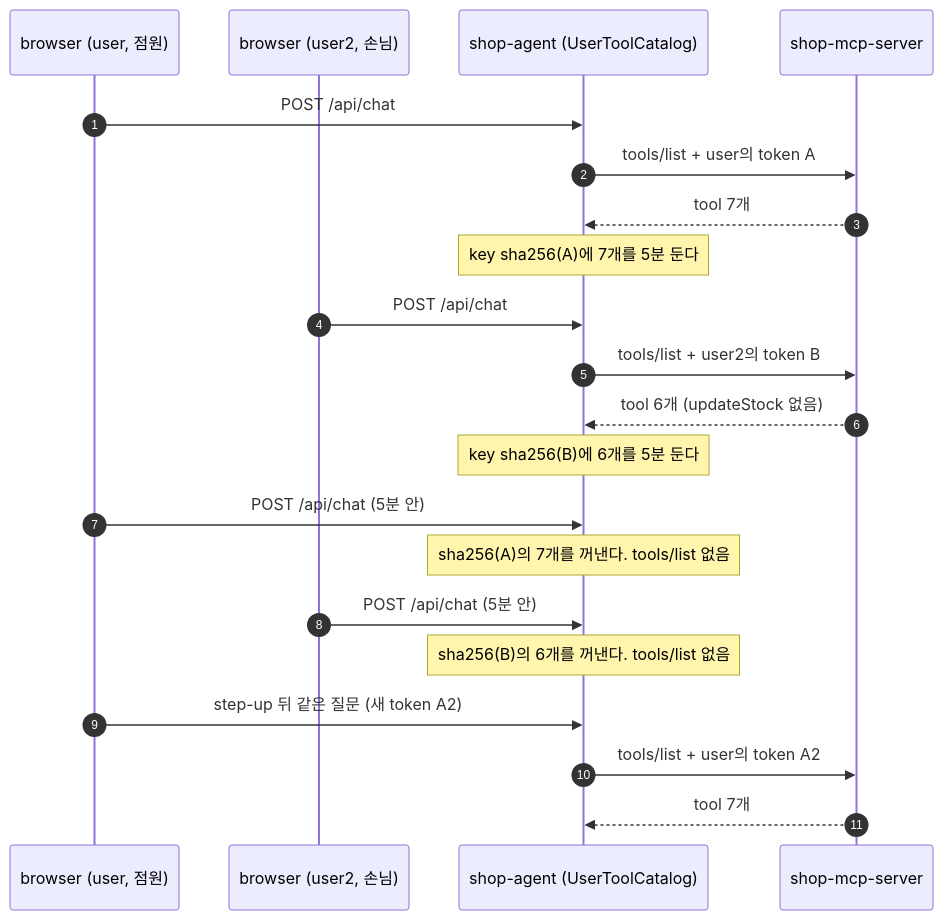
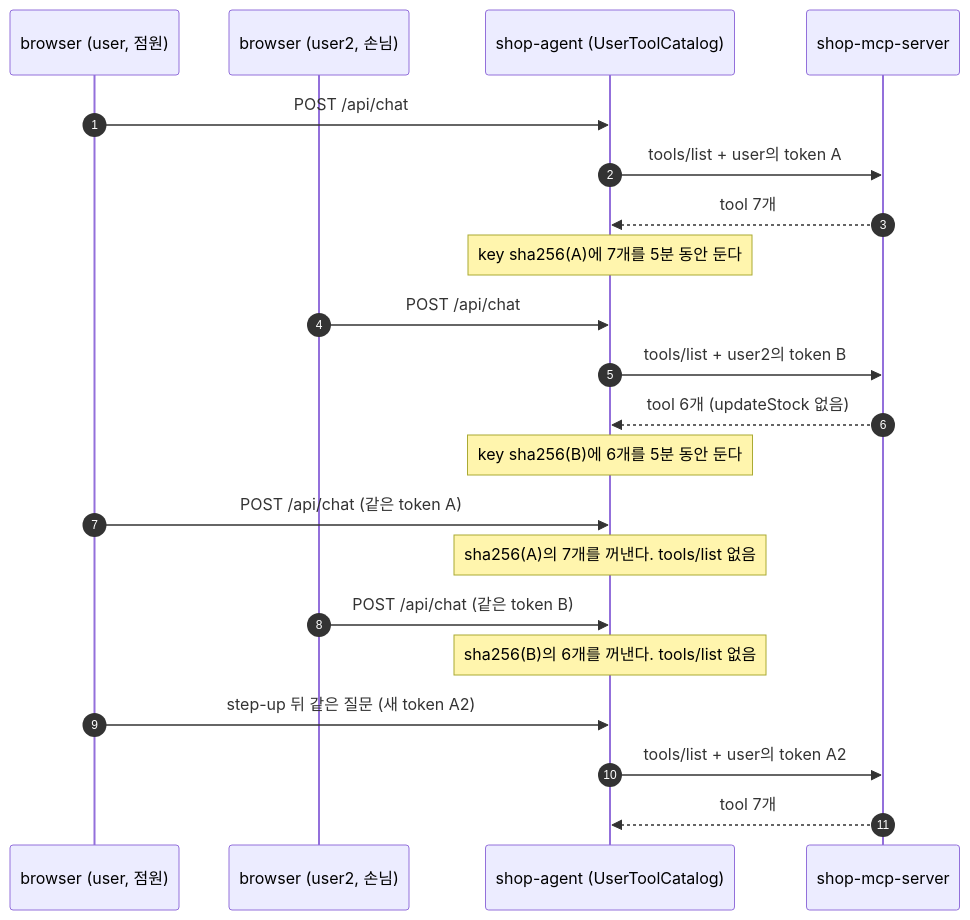
The diagram in practice/mcp-tool-visibility/README.md (starryeye/spring-ai), drawn with Mermaid before and after one commit. The commit also changed other lines of this file and 2 other files, not shown here.

````diff
--- a/practice/mcp-tool-visibility/README.md
+++ b/practice/mcp-tool-visibility/README.md
@@ -67,23 +69,23 @@
 ```mermaid
 sequenceDiagram
     autonumber
     participant U as browser (user, 점원)
     participant V as browser (user2, 손님)
     participant G as shop-agent (UserToolCatalog)
     participant S as shop-mcp-server
     U->>G: POST /api/chat
     G->>S: tools/list + user의 token A
     S-->>G: tool 7개
-    Note over G: key sha256(A)에 7개를 5분 둔다
+    Note over G: key sha256(A)에 7개를 5분 동안 둔다
     V->>G: POST /api/chat
     G->>S: tools/list + user2의 token B
     S-->>G: tool 6개 (updateStock 없음)
-    Note over G: key sha256(B)에 6개를 5분 둔다
-    U->>G: POST /api/chat (5분 안)
+    Note over G: key sha256(B)에 6개를 5분 동안 둔다
+    U->>G: POST /api/chat (같은 token A)
     Note over G: sha256(A)의 7개를 꺼낸다. tools/list 없음
-    V->>G: POST /api/chat (5분 안)
+    V->>G: POST /api/chat (같은 token B)
     Note over G: sha256(B)의 6개를 꺼낸다. tools/list 없음
     U->>G: step-up 뒤 같은 질문 (새 token A2)
     G->>S: tools/list + user의 token A2
     S-->>G: tool 7개
 ```
````
